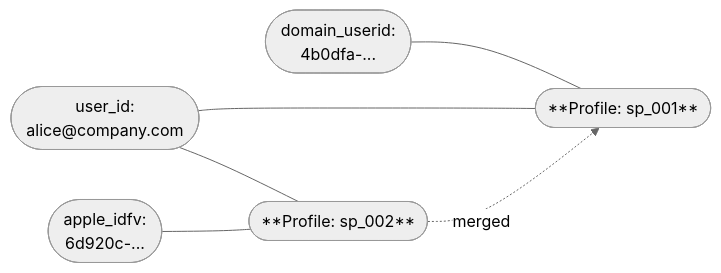
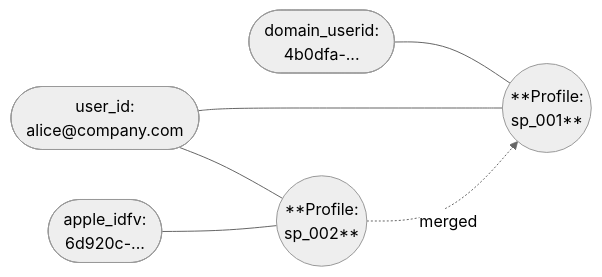
One commit to snowplow/documentation changed the fourth of 9 diagrams in docs/identities/concepts/index.md. Above: the diagram before and after it, drawn with Mermaid (neutral theme). The commit also changed other lines of this file and 2 other files, not shown here.

````diff
--- a/docs/identities/concepts/index.md
+++ b/docs/identities/concepts/index.md
@@ -116,14 +123,14 @@
 ```mermaid
 graph LR
     A(["domain_userid:<br/>4b0dfa-..."])
     B(["user_id:<br/>alice@company.com"])
     C(["apple_idfv:<br/>6d920c-..."])
-    P1(["**Profile: sp_001**"])
-    P2(["**Profile: sp_002**"])
+    P1(("**Profile:<br/> sp_001**"))
+    P2(("**Profile:<br/> sp_002**"))
 
     A --- P1
     B --- P1
     C --- P2
     B --- P2
     P2 -. merged .-> P1
 ```
````
